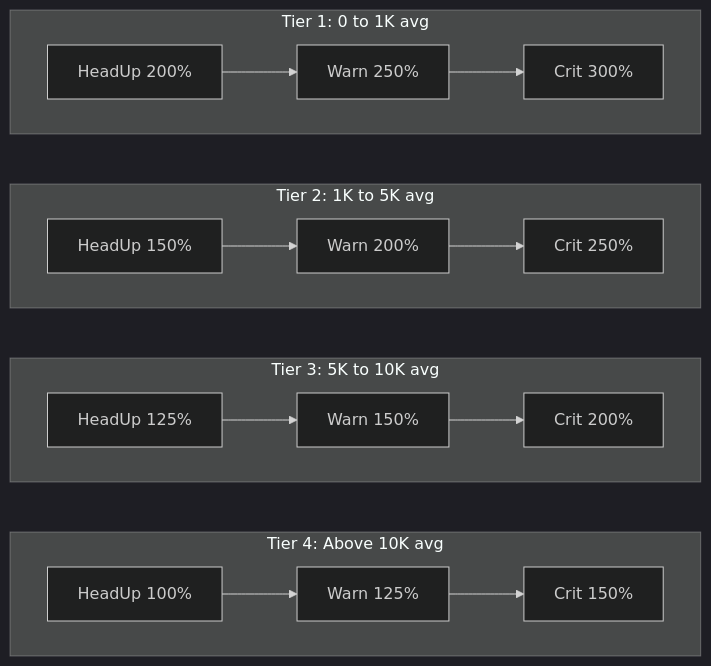
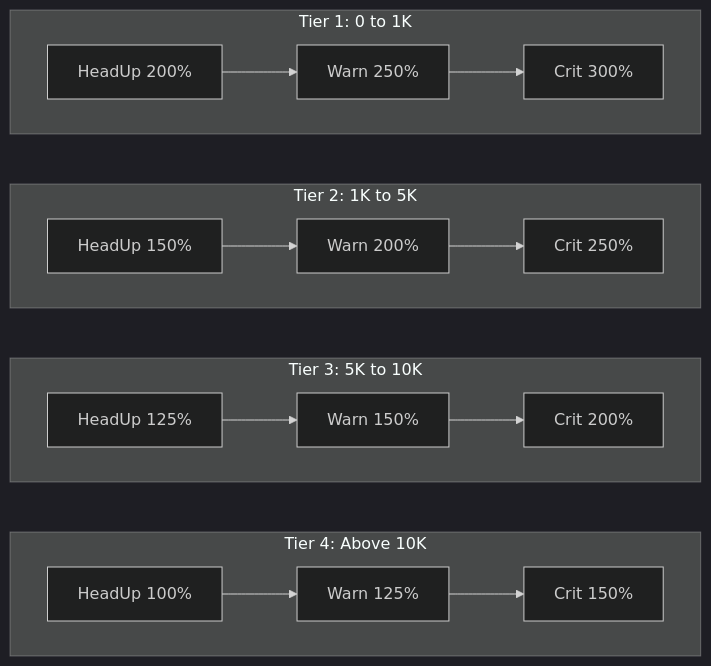
The ninth of 13 diagrams in docs/technical-guide.md (gitpavleenbali/azure-amortized-cost-management), drawn with Mermaid before and after one commit. The commit also changed other lines of this file, not shown here.

````diff
--- a/docs/technical-guide.md
+++ b/docs/technical-guide.md
@@ -422,25 +245,25 @@
 ```mermaid
 %%{init: {"theme": "dark"}}%%
 flowchart TD
-    subgraph T1["Tier 1: 0 to 1K avg"]
+    subgraph T1["Tier 1: 0 to 1K"]
         direction LR
         H1["HeadUp 200%"] --> W1["Warn 250%"] --> C1["Crit 300%"]
     end
 
-    subgraph T2["Tier 2: 1K to 5K avg"]
+    subgraph T2["Tier 2: 1K to 5K"]
         direction LR
         H2["HeadUp 150%"] --> W2["Warn 200%"] --> C2["Crit 250%"]
     end
 
-    subgraph T3["Tier 3: 5K to 10K avg"]
+    subgraph T3["Tier 3: 5K to 10K"]
         direction LR
         H3["HeadUp 125%"] --> W3["Warn 150%"] --> C3["Crit 200%"]
     end
 
-    subgraph T4["Tier 4: Above 10K avg"]
+    subgraph T4["Tier 4: Above 10K"]
         direction LR
         H4["HeadUp 100%"] --> W4["Warn 125%"] --> C4["Crit 150%"]
     end
 
     T1 ~~~ T2 ~~~ T3 ~~~ T4
 ```
````
